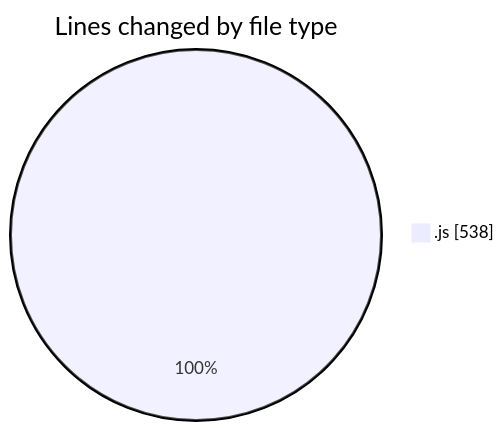
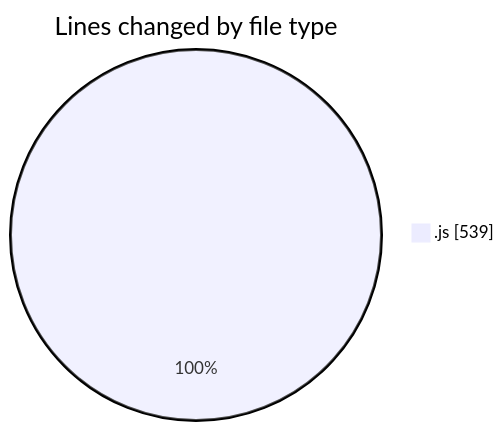
Before and after one commit to nxtqubesakshisongat/code-tracking: the first of 2 diagrams in 2025-10-31/nxtqube_webapp/README.md, drawn with Mermaid. The commit also changed other lines of this file and 1 other file, not shown here.

````diff
--- a/2025-10-31/nxtqube_webapp/README.md
+++ b/2025-10-31/nxtqube_webapp/README.md
@@ -22,5 +22,5 @@
 ```mermaid
 pie showData
 title Lines changed by file type
-".js" : 538
+".js" : 539
 ```
````
